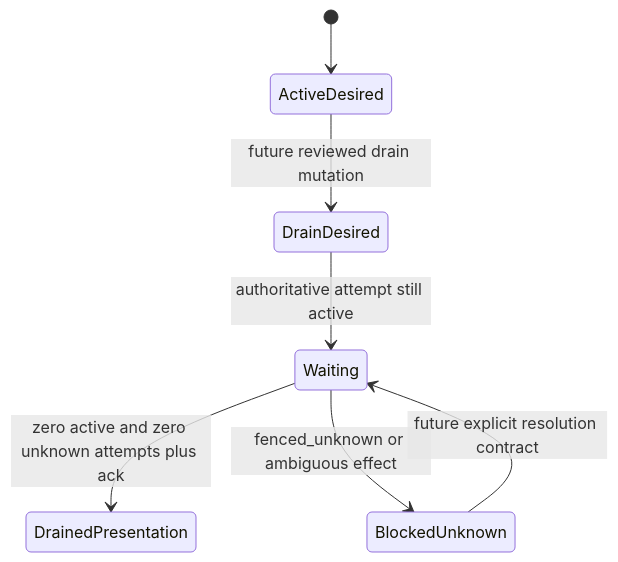
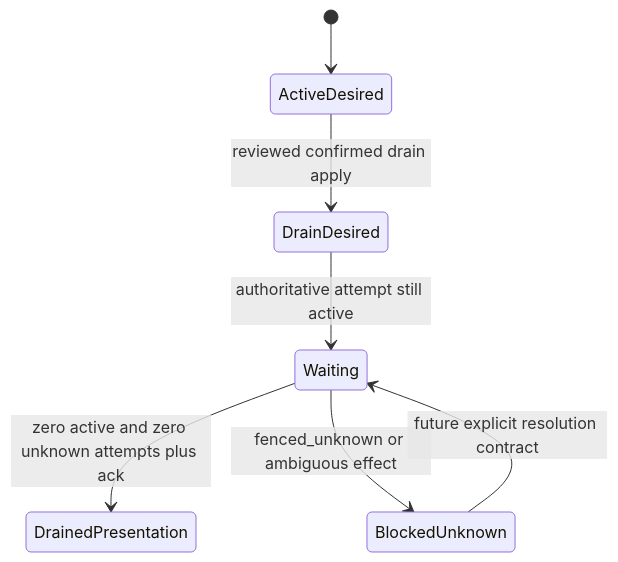
One commit to urandon/sessionless changed the second of 3 diagrams in docs/attached-worker-ux.md. Above: the diagram before and after it, drawn with Mermaid. The commit also changed other lines of this file and 22 other files, not shown here.

````diff
--- a/docs/attached-worker-ux.md
+++ b/docs/attached-worker-ux.md
@@ -577,9 +582,9 @@
 ```mermaid
 stateDiagram-v2
     [*] --> ActiveDesired
-    ActiveDesired --> DrainDesired: future reviewed drain mutation
+    ActiveDesired --> DrainDesired: reviewed confirmed drain apply
     DrainDesired --> Waiting: authoritative attempt still active
     Waiting --> DrainedPresentation: zero active and zero unknown attempts plus ack
     Waiting --> BlockedUnknown: fenced_unknown or ambiguous effect
     BlockedUnknown --> Waiting: future explicit resolution contract
 ```
````
